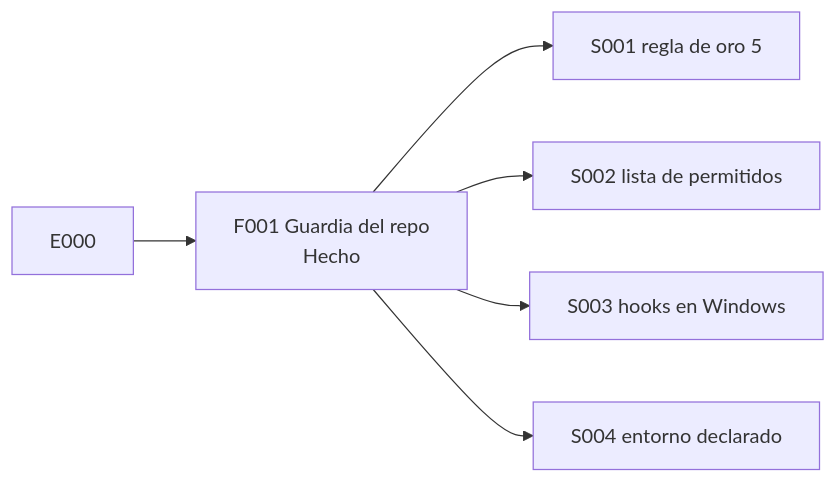
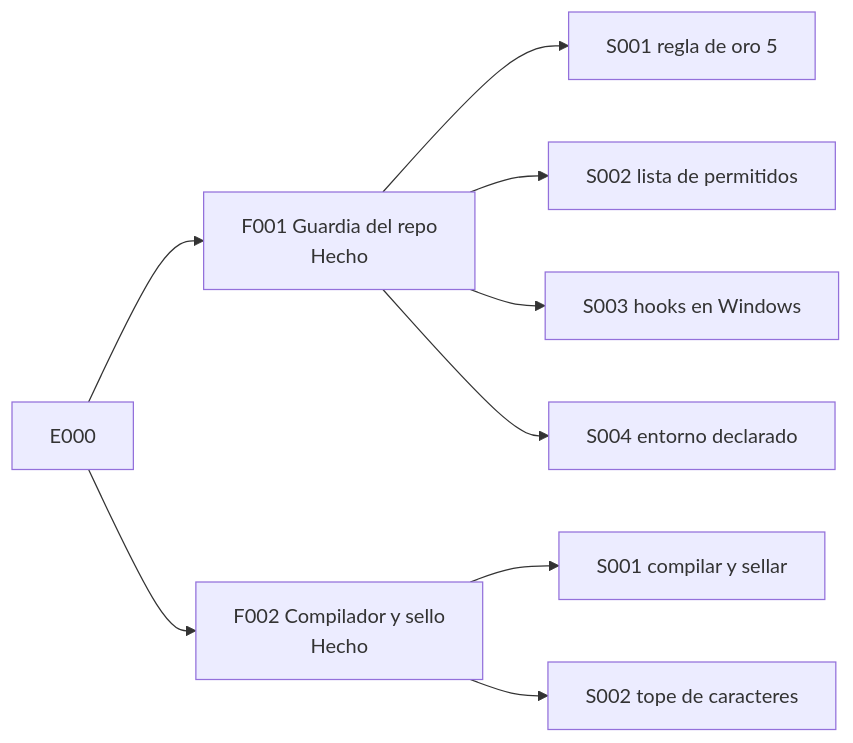
One commit to jliberal-aquas/aquas-central-harness-government changed the second of 2 diagrams in docs/E000/README.md. Above: the diagram before and after it, drawn with Mermaid. The commit also changed other lines of this file and 4 other files, not shown here.

First line of the commit message:
Wiki: E000/F002 Compilador y sello, dueño de las pruebas del compilador

````diff
--- a/docs/E000/README.md
+++ b/docs/E000/README.md
@@ -92,8 +93,11 @@
 ```mermaid
 flowchart LR
     E["E000"] --> F1["F001 Guardia del repo<br/>Hecho"]
     F1 --> S1["S001 regla de oro 5"]
     F1 --> S2["S002 lista de permitidos"]
     F1 --> S3["S003 hooks en Windows"]
     F1 --> S4["S004 entorno declarado"]
+    E --> F2["F002 Compilador y sello<br/>Hecho"]
+    F2 --> T1["S001 compilar y sellar"]
+    F2 --> T2["S002 tope de caracteres"]
 ```
````
